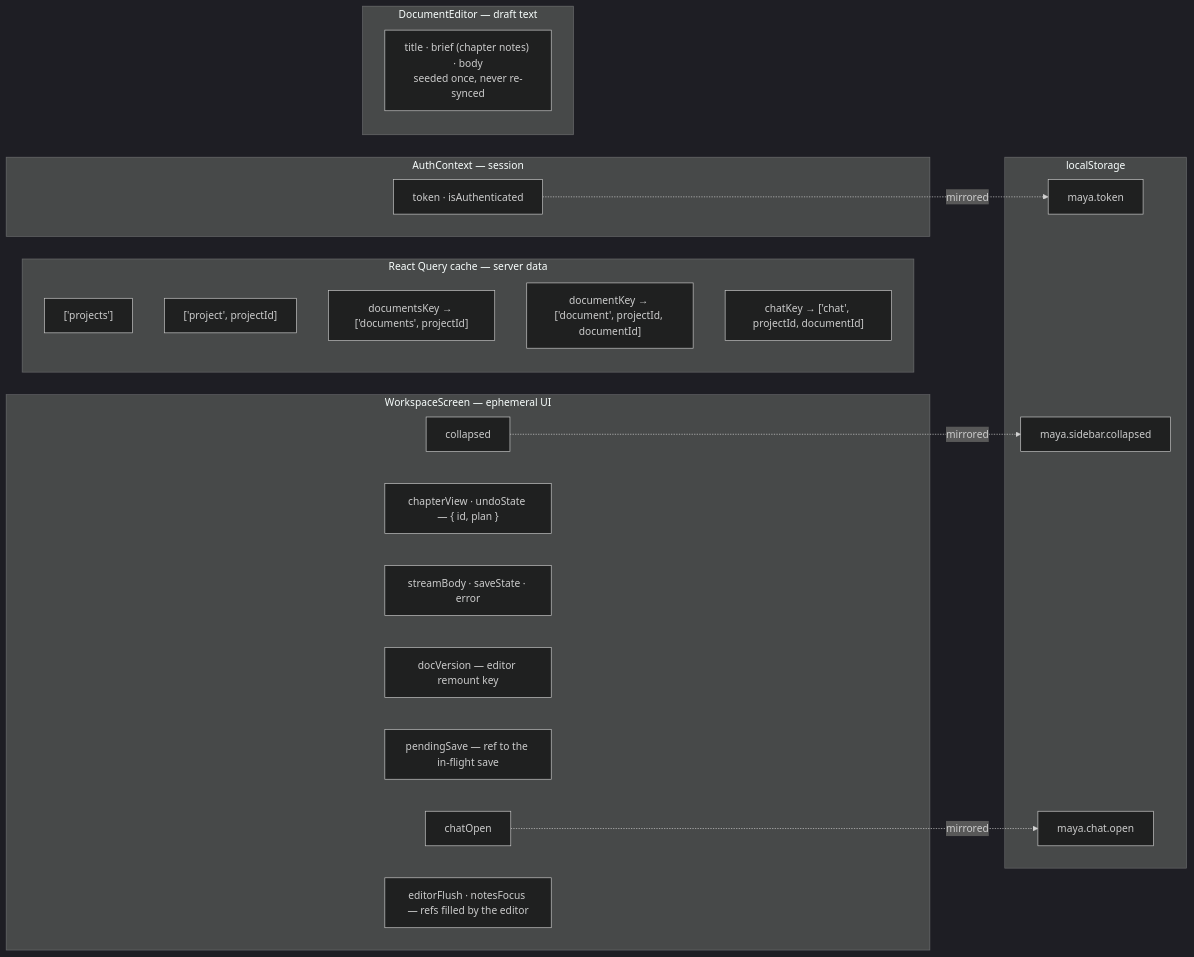
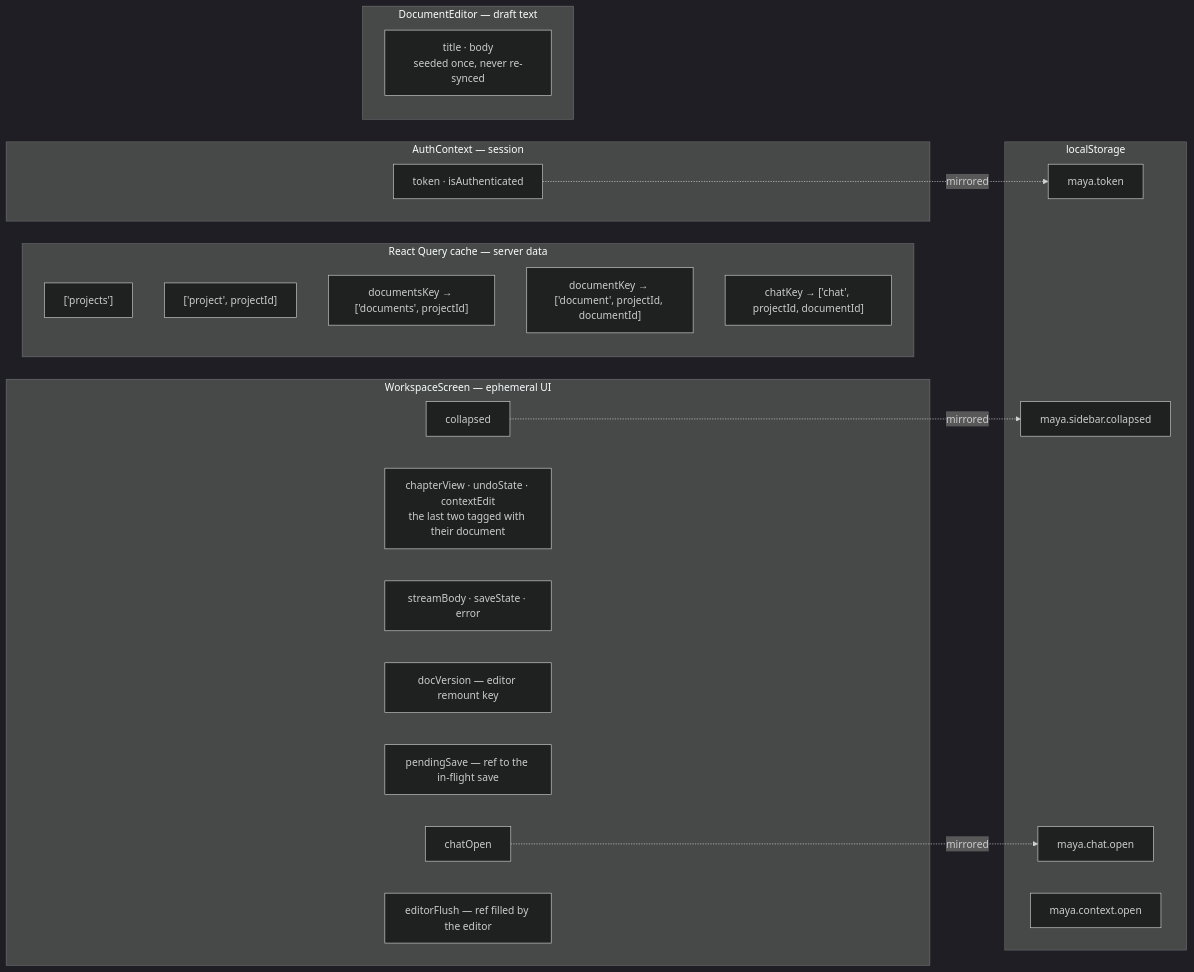
One commit to Akazz-L/maya changed the third of 3 diagrams in docs/diagrams/04-frontend-architecture.md. Above: the diagram before and after it, drawn with Mermaid (dark theme). The commit also changed other lines of this file and 16 other files, not shown here.

First line of the commit message:
feat: chapter context, a plan you write or generate, and Review

````diff
--- a/docs/diagrams/04-frontend-architecture.md
+++ b/docs/diagrams/04-frontend-architecture.md
@@ -118,38 +121,39 @@
 ```mermaid
 graph LR
     subgraph rq["React Query cache — server data"]
         K1["['projects']"]
         K2["['project', projectId]"]
         K3["documentsKey → ['documents', projectId]"]
         K4["documentKey → ['document', projectId, documentId]"]
         K5["chatKey → ['chat', projectId, documentId]"]
     end
 
     subgraph ctx["AuthContext — session"]
         T["token · isAuthenticated"]
     end
 
     subgraph local["WorkspaceScreen — ephemeral UI"]
         L1["collapsed"]
-        L2["chapterView · undoState — { id, plan }"]
+        L2["chapterView · undoState · contextEdit<br/>the last two tagged with their document"]
         L3["streamBody · saveState · error"]
         L4["docVersion — editor remount key"]
         L5["pendingSave — ref to the in-flight save"]
         L6["chatOpen"]
-        L7["editorFlush · notesFocus — refs filled by the editor"]
+        L7["editorFlush — ref filled by the editor"]
     end
 
     subgraph ed["DocumentEditor — draft text"]
-        E1["title · brief (chapter notes) · body<br/>seeded once, never re-synced"]
+        E1["title · body<br/>seeded once, never re-synced"]
     end
 
     subgraph ls["localStorage"]
         S1["maya.token"]
         S2["maya.sidebar.collapsed"]
         S4["maya.chat.open"]
+        S5["maya.context.open"]
     end
 
     T -.->|mirrored| S1
     L1 -.->|mirrored| S2
     L6 -.->|mirrored| S4
 ```
````
